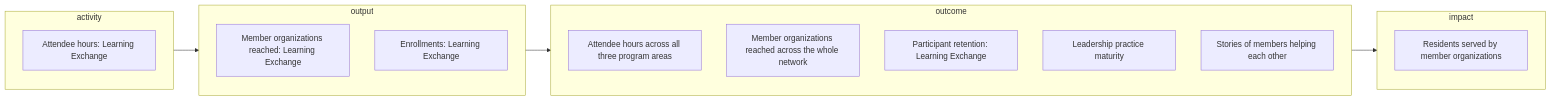
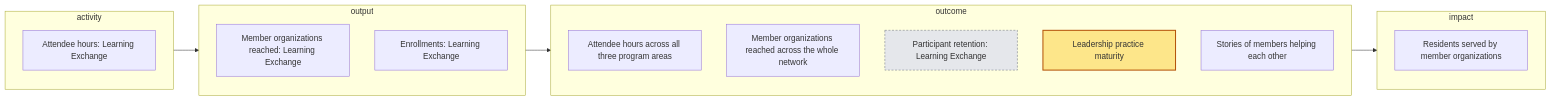
Before and after one commit to ProductBuildersHQ/theoryofchange-spec: the first of 3 diagrams in pkg/report/testdata/metric-tree.md, drawn with Mermaid. The commit also changed other lines of this file and 6 other files, not shown here.

````diff
--- a/pkg/report/testdata/metric-tree.md
+++ b/pkg/report/testdata/metric-tree.md
@@ -21,25 +22,27 @@
 ```mermaid
 flowchart LR
   subgraph tier_activity["activity"]
     i_ind_hours_learning["Attendee hours: Learning Exchange"]
   end
   subgraph tier_output["output"]
     i_ind_reach_learning["Member organizations reached: Learning Exchange"]
     i_ind_enroll_learning["Enrollments: Learning Exchange"]
   end
   tier_activity --> tier_output
   subgraph tier_outcome["outcome"]
     i_ind_hours_total["Attendee hours across all three program areas"]
     i_ind_reach_network["Member organizations reached across the whole network"]
     i_ind_retention_learning["Participant retention: Learning Exchange"]
     i_ind_practice_maturity["Leadership practice maturity"]
     i_ind_story_peer_help["Stories of members helping each other"]
   end
   tier_output --> tier_outcome
   subgraph tier_impact["impact"]
     i_ind_residents_served["Residents served by member organizations"]
   end
   tier_outcome --> tier_impact
   classDef northstar fill:#fde68a,stroke:#b45309,stroke-width:2px
   classDef guardrail fill:#e5e7eb,stroke:#6b7280,stroke-dasharray:4 3
+  class i_ind_practice_maturity northstar
+  class i_ind_retention_learning guardrail
 ```
````
